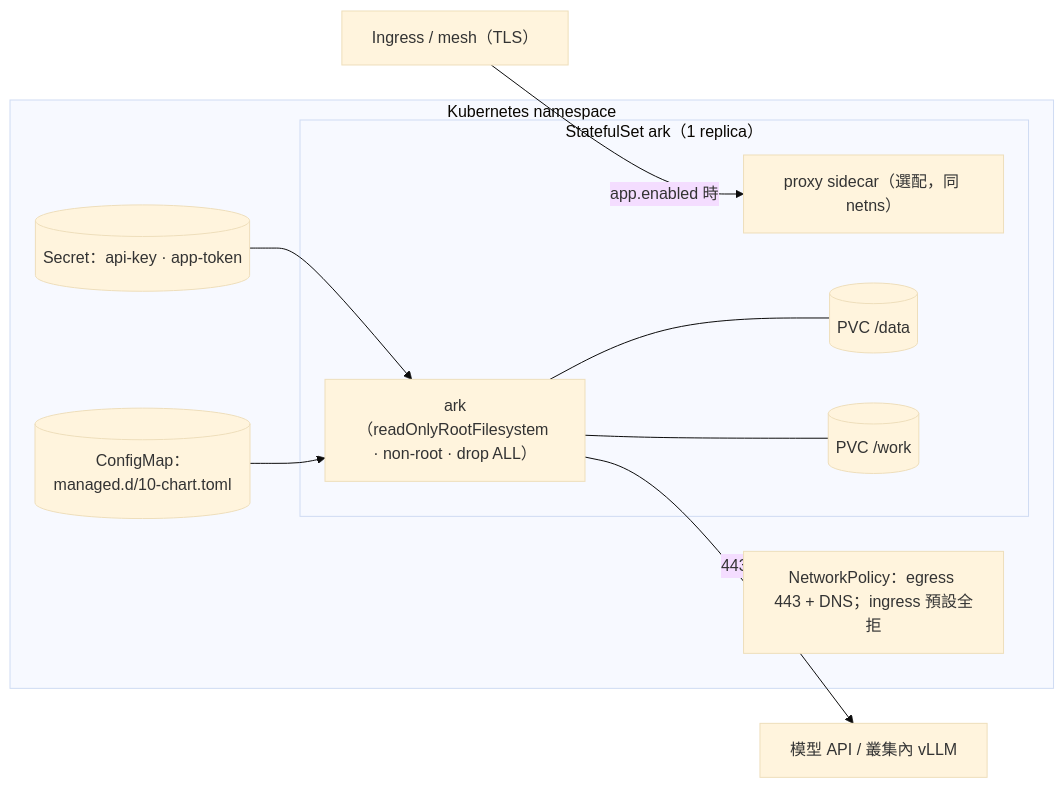
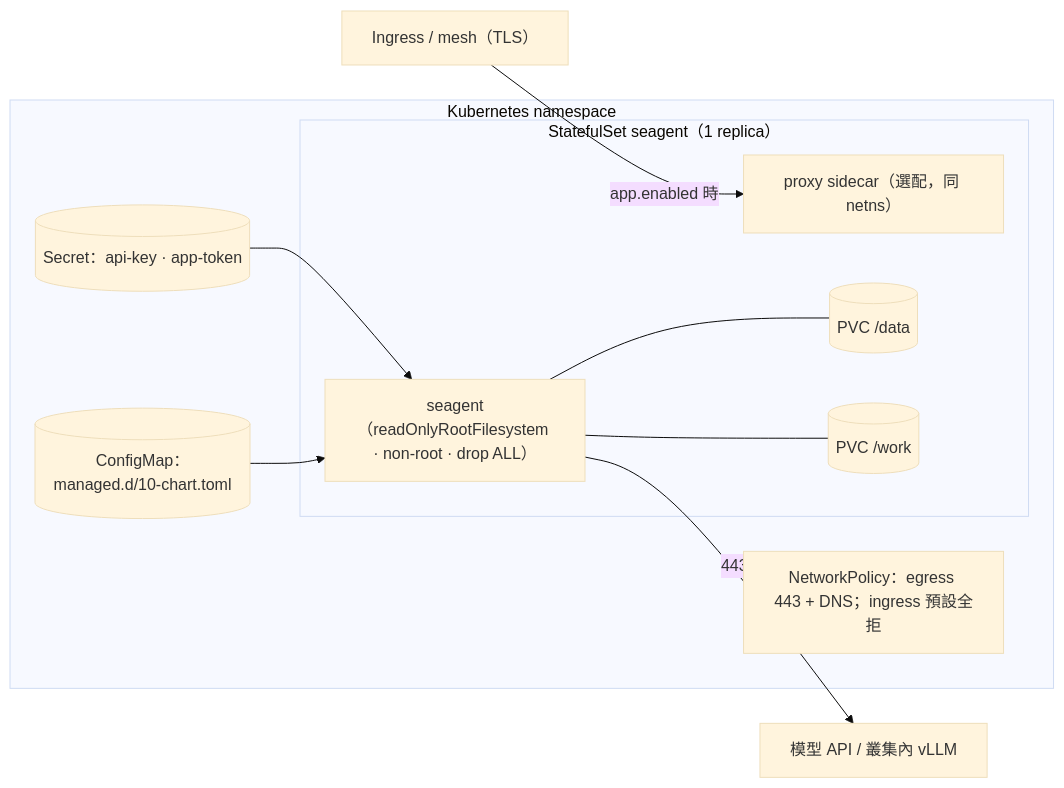
Before and after one commit to Noob-2006/Bulge: the third of 5 diagrams in docs/enterprise/deployment-architecture.md, drawn with Mermaid (base theme). The commit also changed other lines of this file and 2103 other files, not shown here.

````diff
--- a/docs/enterprise/deployment-architecture.md
+++ b/docs/enterprise/deployment-architecture.md
@@ -52,16 +52,16 @@
 ```mermaid
 flowchart LR
   subgraph k8s["Kubernetes namespace"]
-    subgraph pod["StatefulSet ark（1 replica）"]
-      ark["ark（readOnlyRootFilesystem · non-root · drop ALL）"]
+    subgraph pod["StatefulSet seagent（1 replica）"]
+      seagent["seagent（readOnlyRootFilesystem · non-root · drop ALL）"]
       px["proxy sidecar（選配，同 netns）"]
-      ark --- pvc1[("PVC /data")]
-      ark --- pvc2[("PVC /work")]
+      seagent --- pvc1[("PVC /data")]
+      seagent --- pvc2[("PVC /work")]
     end
     np["NetworkPolicy：egress 443 + DNS；ingress 預設全拒"]
-    sec[("Secret：api-key · app-token")] --> ark
-    cm[("ConfigMap：managed.d/10-chart.toml")] --> ark
+    sec[("Secret：api-key · app-token")] --> seagent
+    cm[("ConfigMap：managed.d/10-chart.toml")] --> seagent
   end
   ing["Ingress / mesh（TLS）"] -->|"app.enabled 時"| px
-  ark -->|"443"| llm["模型 API / 叢集內 vLLM"]
+  seagent -->|"443"| llm["模型 API / 叢集內 vLLM"]
 ```
````
